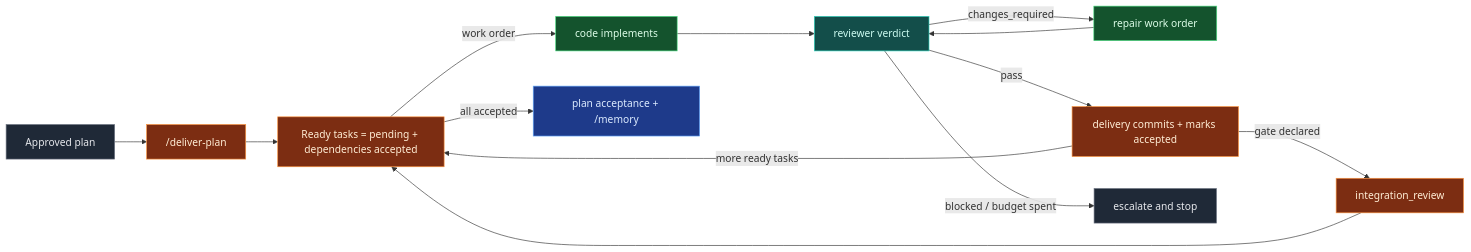
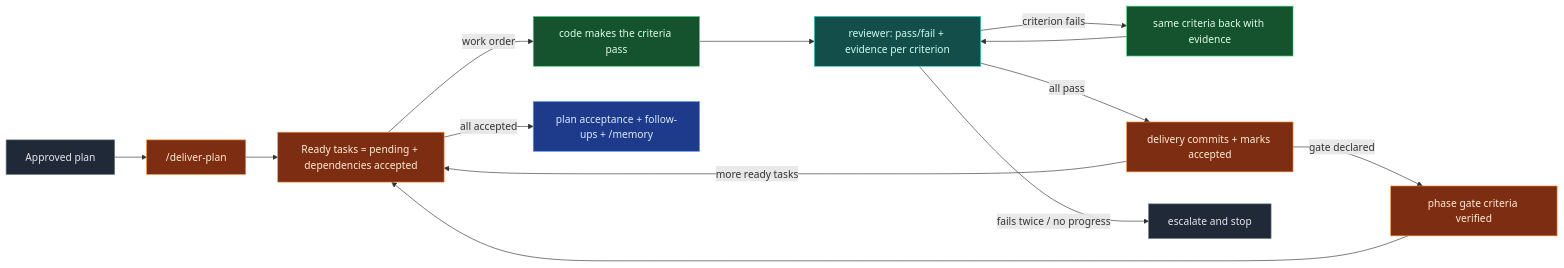
One commit to Macacoders/wayforge changed the fifth of 7 diagrams in README.md. Above: the diagram before and after it, drawn with Mermaid. The commit also changed other lines of this file and 18 other files, not shown here.

````diff
--- a/README.md
+++ b/README.md
@@ -237,25 +237,25 @@
 ```mermaid
 flowchart LR
     A["Approved plan"] --> B["/deliver-plan"]
     B --> C["Ready tasks = pending + dependencies accepted"]
-    C -- "work order" --> D["code implements"]
-    D --> E["reviewer verdict"]
-    E -- "changes_required" --> F["repair work order"] --> E
-    E -- "pass" --> G["delivery commits + marks accepted"]
+    C -- "work order" --> D["code makes the criteria pass"]
+    D --> E["reviewer: pass/fail + evidence per criterion"]
+    E -- "criterion fails" --> F["same criteria back with evidence"] --> E
+    E -- "all pass" --> G["delivery commits + marks accepted"]
     G -- "more ready tasks" --> C
-    G -- "gate declared" --> H["integration_review"]
+    G -- "gate declared" --> H["phase gate criteria verified"]
     H --> C
-    C -- "all accepted" --> I["plan acceptance + /memory"]
-    E -- "blocked / budget spent" --> J["escalate and stop"]
+    C -- "all accepted" --> I["plan acceptance + follow-ups + /memory"]
+    E -- "fails twice / no progress" --> J["escalate and stop"]
 
     classDef user fill:#1f2937,stroke:#6b7280,color:#e5e7eb
     classDef delivery fill:#7c2d12,stroke:#fb923c,color:#ffedd5
     classDef code fill:#14532d,stroke:#4ade80,color:#dcfce7
     classDef reviewer fill:#134e4a,stroke:#2dd4bf,color:#ccfbf1
     classDef planner fill:#1e3a8a,stroke:#60a5fa,color:#dbeafe
     class A,J user
     class B,C,G,H delivery
     class D,F code
     class E reviewer
     class I planner
 ```
````
